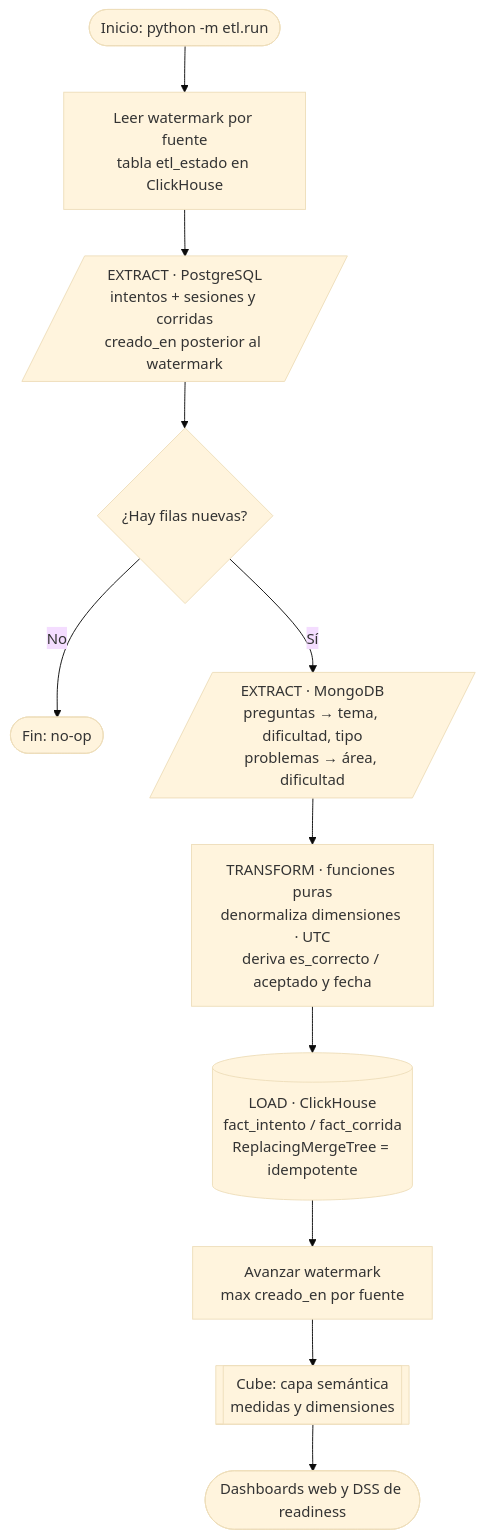
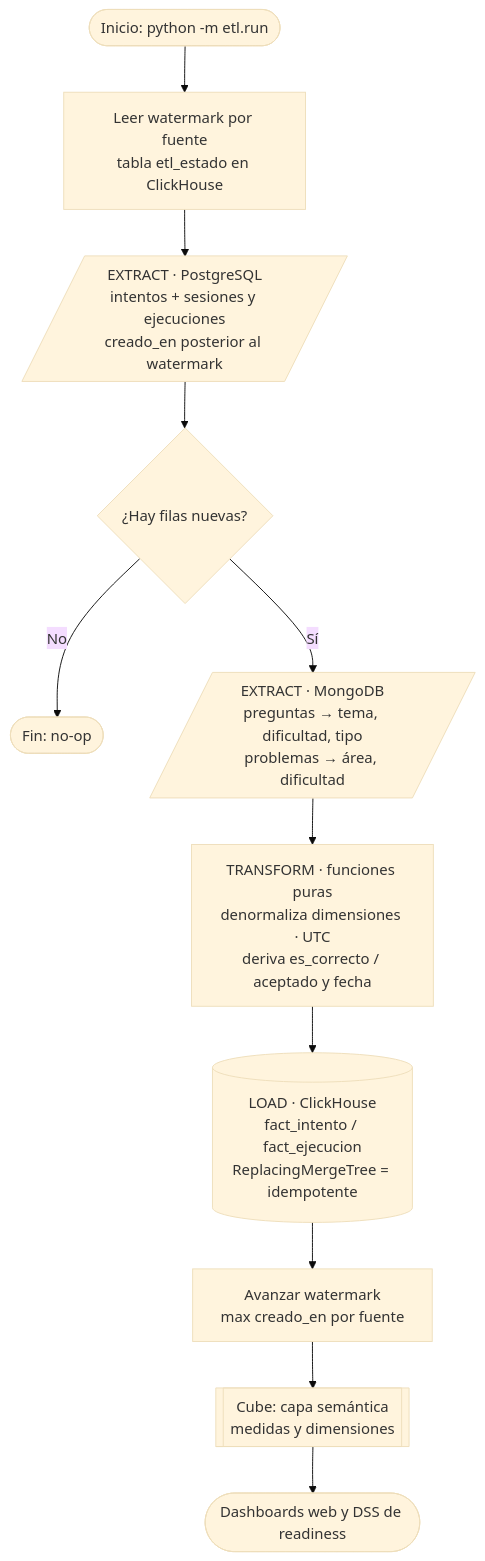
One commit to Diegomed11/CertReady changed the fifth of 5 diagrams in docs/proyecto4-olap-etl.md. Above: the diagram before and after it, drawn with Mermaid (base theme). The commit also changed other lines of this file and 47 other files, not shown here.

Commit message:
refactor: renombra 'corrida' a 'ejecucion' en todo (BD, codigo, ETL, API, UI)

````diff
--- a/docs/proyecto4-olap-etl.md
+++ b/docs/proyecto4-olap-etl.md
@@ -221,13 +221,13 @@
 ```mermaid
 flowchart TD
   A([Inicio: python -m etl.run]) --> B[Leer watermark por fuente<br/>tabla etl_estado en ClickHouse]
-  B --> C[/EXTRACT · PostgreSQL<br/>intentos + sesiones y corridas<br/>creado_en posterior al watermark/]
+  B --> C[/EXTRACT · PostgreSQL<br/>intentos + sesiones y ejecuciones<br/>creado_en posterior al watermark/]
   C --> D{¿Hay filas nuevas?}
   D -- No --> Z([Fin: no-op])
   D -- Sí --> E[/EXTRACT · MongoDB<br/>preguntas → tema, dificultad, tipo<br/>problemas → área, dificultad/]
   E --> F[TRANSFORM · funciones puras<br/>denormaliza dimensiones · UTC<br/>deriva es_correcto / aceptado y fecha]
-  F --> G[(LOAD · ClickHouse<br/>fact_intento / fact_corrida<br/>ReplacingMergeTree = idempotente)]
+  F --> G[(LOAD · ClickHouse<br/>fact_intento / fact_ejecucion<br/>ReplacingMergeTree = idempotente)]
   G --> H[Avanzar watermark<br/>max creado_en por fuente]
   H --> I[[Cube: capa semántica<br/>medidas y dimensiones]]
   I --> J([Dashboards web y DSS de readiness])
 ```
````
